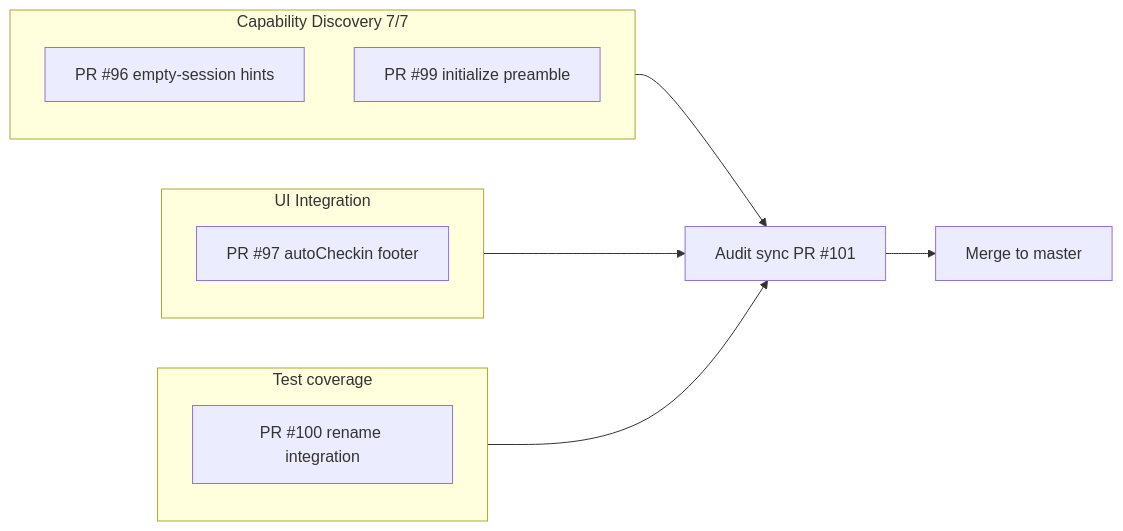
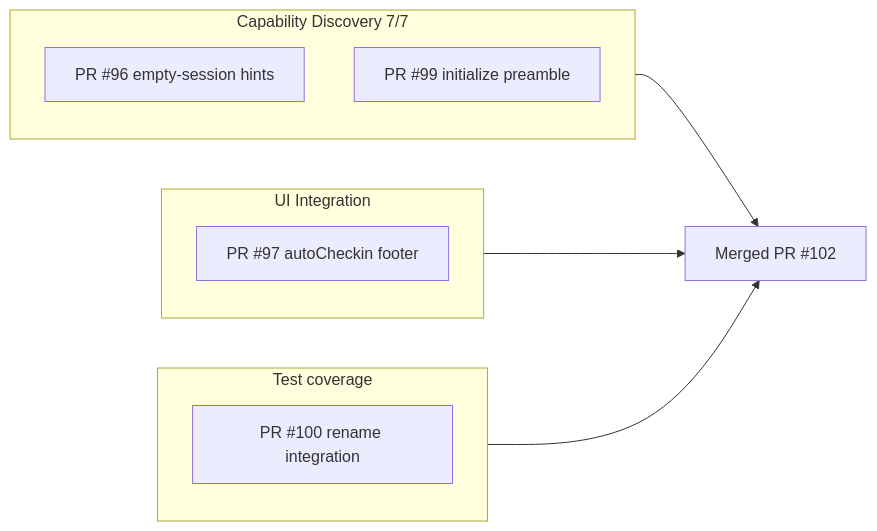
One commit to bolabaden/AgentDecompile changed the diagram in docs/solutions/architecture-patterns/agent-native-discovery-arc.md. Above: the diagram before and after it, drawn with Mermaid. The commit also changed other lines of this file and 3 other files, not shown here.

Commit message:
docs: discovery arc merge closeout (PR #102 on master)

````diff
--- a/docs/solutions/architecture-patterns/agent-native-discovery-arc.md
+++ b/docs/solutions/architecture-patterns/agent-native-discovery-arc.md
@@ -32,17 +34,16 @@
 ```mermaid
 flowchart LR
   subgraph discovery [Capability Discovery 7/7]
     A[PR #96 empty-session hints]
     B[PR #99 initialize preamble]
   end
   subgraph ui [UI Integration]
     C[PR #97 autoCheckin footer]
   end
   subgraph test [Test coverage]
     D[PR #100 rename integration]
   end
-  discovery --> E[Audit sync PR #101]
+  discovery --> E[Merged PR #102]
   ui --> E
   test --> E
-  E --> F[Merge to master]
 ```
````
